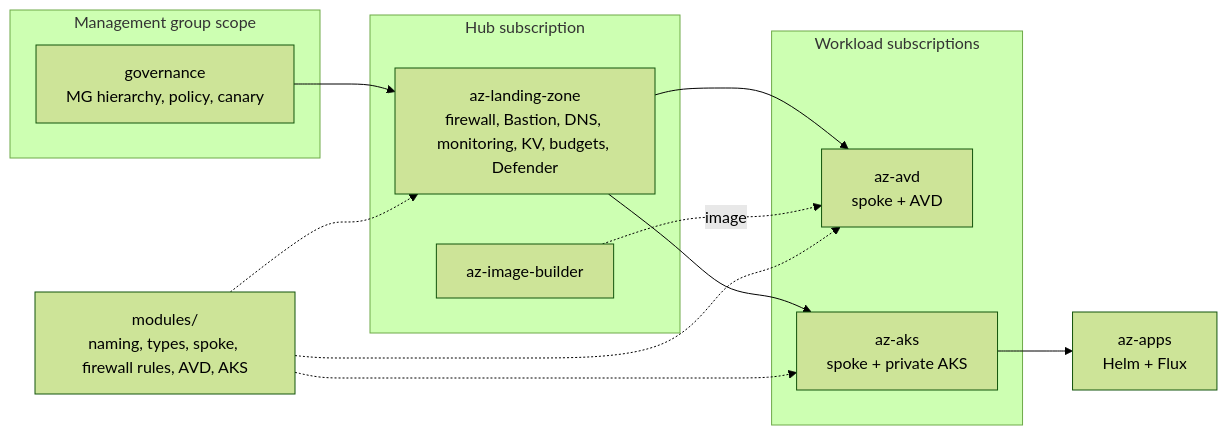
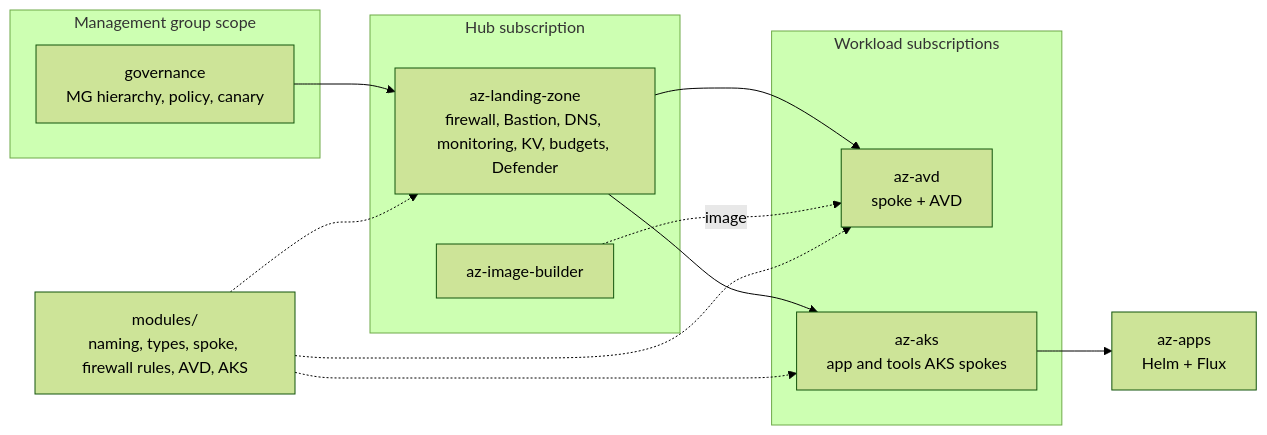
The diagram in docs/diagrams/src/arch-scopes.mmd (mipapi1/azure-infrastructure), drawn with Mermaid (forest theme) before and after one commit. The commit also changed 15 other files, not shown here.

Commit message:
docs: label app and tools AKS spokes, explain two-cluster design

```diff
--- a/docs/diagrams/src/arch-scopes.mmd
+++ b/docs/diagrams/src/arch-scopes.mmd
@@ -1,26 +1,26 @@
 flowchart LR
   subgraph tenant["Management group scope"]
     gov["governance<br/>MG hierarchy, policy, canary"]
   end
   subgraph hubsub["Hub subscription"]
     hub["az-landing-zone<br/>firewall, Bastion, DNS, monitoring, KV, budgets, Defender"]
     aib["az-image-builder"]
   end
   subgraph wl["Workload subscriptions"]
     avd["az-avd<br/>spoke + AVD"]
-    aks["az-aks<br/>spoke + private AKS"]
+    aks["az-aks<br/>app and tools AKS spokes"]
   end
   apps["az-apps<br/>Helm + Flux"]
   gov --> hub --> avd & aks
   aib -.image.-> avd
   aks --> apps
   shared["modules/<br/>naming, types, spoke, firewall rules, AVD, AKS"] -.-> hub & avd & aks
 
   class gov gov
   class hub sec
   class aib,apps ci
   class avd,aks net
   class shared muted
   class tenant z-gov
   class hubsub z-sec
   class wl z-net
```
